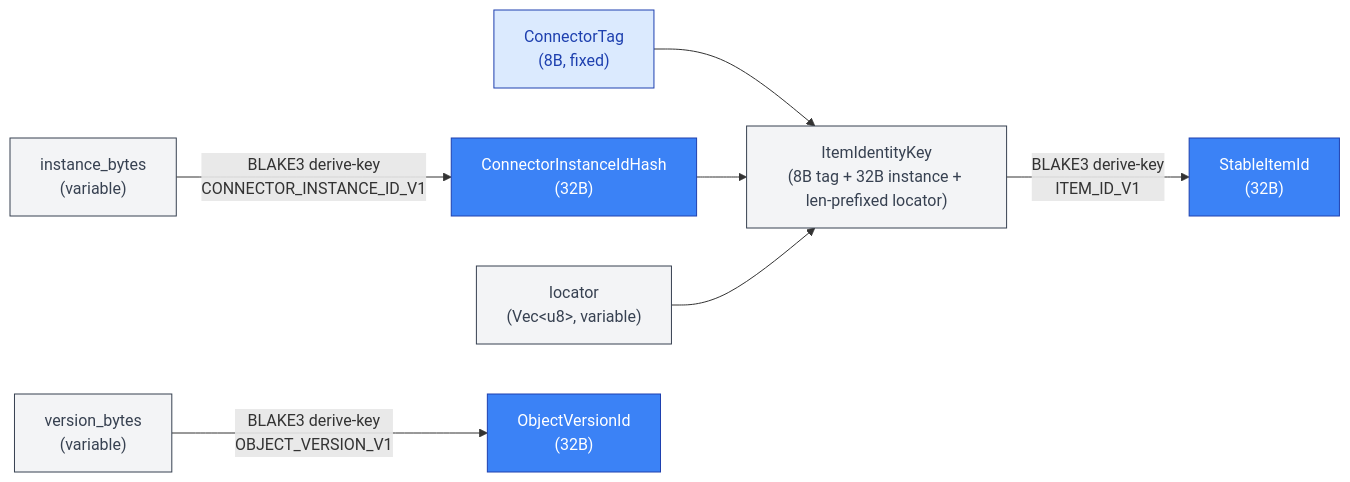
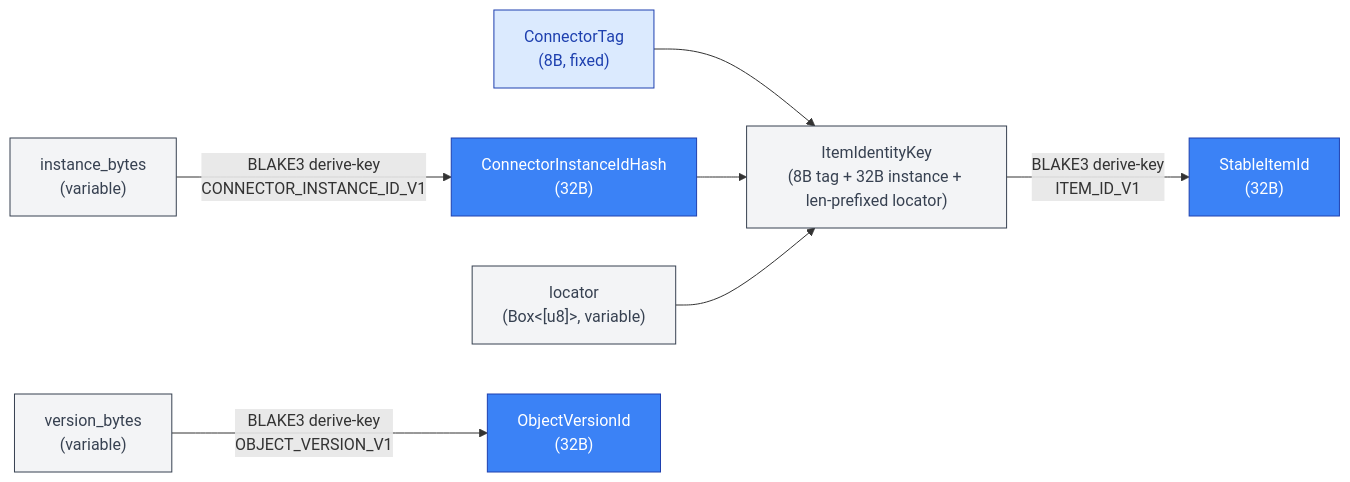
Before and after one commit to ahrav/Gossip-rs: the second of 7 diagrams in diagrams/03-id-derivation-dag.md, drawn with Mermaid. The commit also changed other lines of this file, not shown here.

````diff
--- a/diagrams/03-id-derivation-dag.md
+++ b/diagrams/03-id-derivation-dag.md
@@ -162,30 +162,30 @@
 ```mermaid
 %% Diagram: item-identity-chain
 graph LR
     ConnectorTag["ConnectorTag<br/>(8B, fixed)"]
-    locator["locator<br/>(Vec&lt;u8&gt;, variable)"]
+    locator["locator<br/>(Box&lt;[u8]&gt;, variable)"]
     instance_bytes["instance_bytes<br/>(variable)"]
     ConnectorInstanceIdHash["ConnectorInstanceIdHash<br/>(32B)"]
     ItemIdentityKey["ItemIdentityKey<br/>(8B tag + 32B instance + len-prefixed locator)"]
     StableItemId["StableItemId<br/>(32B)"]
 
     instance_bytes -->|"BLAKE3 derive-key<br/>CONNECTOR_INSTANCE_ID_V1"| ConnectorInstanceIdHash
     ConnectorTag --> ItemIdentityKey
     ConnectorInstanceIdHash --> ItemIdentityKey
     locator --> ItemIdentityKey
     ItemIdentityKey -->|"BLAKE3 derive-key<br/>ITEM_ID_V1"| StableItemId
 
     version_bytes["version_bytes<br/>(variable)"]
     ObjectVersionId["ObjectVersionId<br/>(32B)"]
 
     version_bytes -->|"BLAKE3 derive-key<br/>OBJECT_VERSION_V1"| ObjectVersionId
 
     style ConnectorTag fill:#DBEAFE,stroke:#1E40AF,color:#1E40AF
     style locator fill:#F3F4F6,stroke:#374151,color:#374151
     style instance_bytes fill:#F3F4F6,stroke:#374151,color:#374151
     style version_bytes fill:#F3F4F6,stroke:#374151,color:#374151
     style ConnectorInstanceIdHash fill:#3B82F6,stroke:#1E40AF,color:#FFFFFF
     style ItemIdentityKey fill:#F3F4F6,stroke:#374151,color:#374151
     style StableItemId fill:#3B82F6,stroke:#1E40AF,color:#FFFFFF
     style ObjectVersionId fill:#3B82F6,stroke:#1E40AF,color:#FFFFFF
 ```
````
